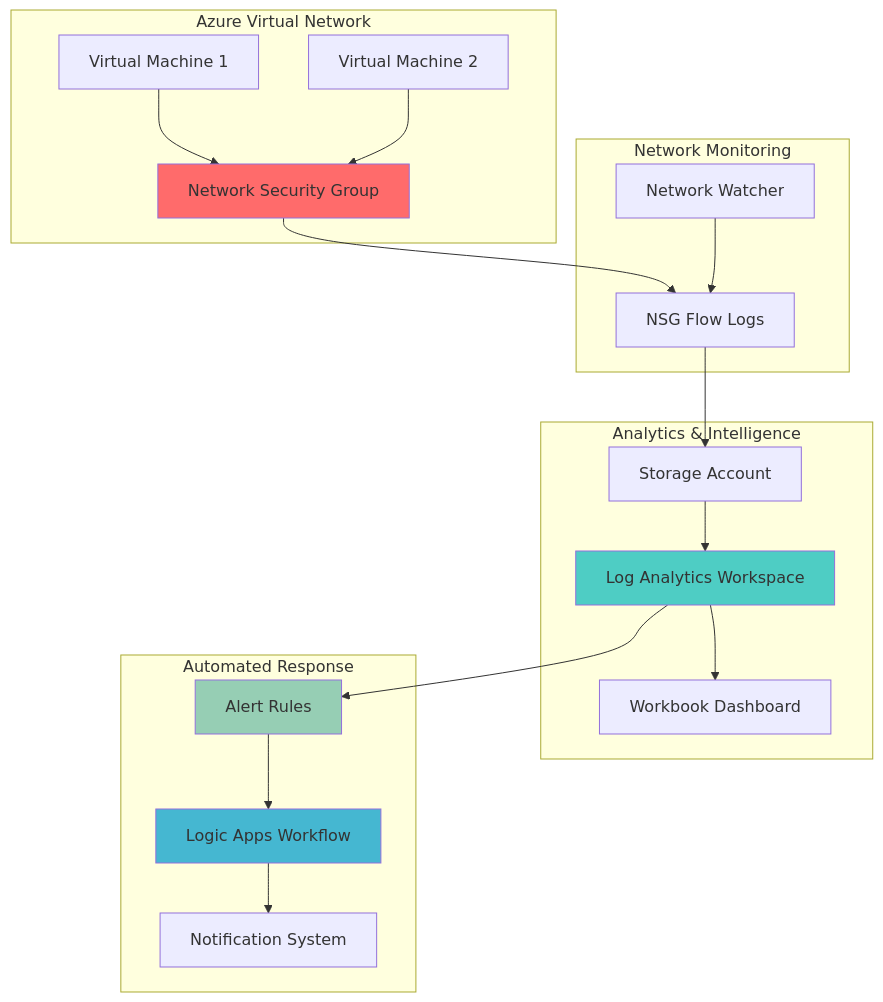
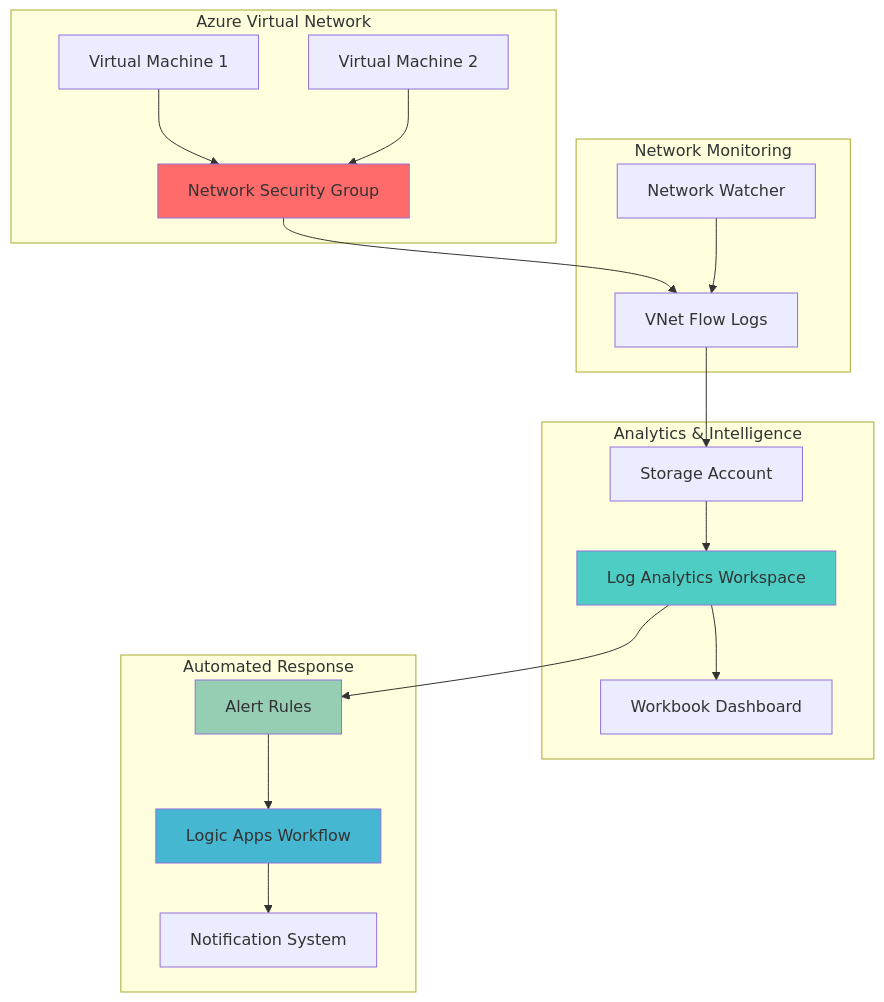
One commit to mzazon/awesome-cloud-projects changed the diagram in azure/network-threat-detection-automation/network-threat-detection-automation.md. Above: the diagram before and after it, drawn with Mermaid. The commit also changed other lines of this file and 5581 other files, not shown here.

````diff
--- a/azure/network-threat-detection-automation/network-threat-detection-automation.md
+++ b/azure/network-threat-detection-automation/network-threat-detection-automation.md
@@ -30,41 +30,41 @@
 ```mermaid
 graph TB
     subgraph "Azure Virtual Network"
         VM1[Virtual Machine 1]
         VM2[Virtual Machine 2]
         NSG[Network Security Group]
     end
     
     subgraph "Network Monitoring"
         NW[Network Watcher]
-        FL[NSG Flow Logs]
+        VFL[VNet Flow Logs]
     end
     
     subgraph "Analytics & Intelligence"
         SA[Storage Account]
         LA[Log Analytics Workspace]
         WB[Workbook Dashboard]
     end
     
     subgraph "Automated Response"
         LGA[Logic Apps Workflow]
         AL[Alert Rules]
         NS[Notification System]
     end
     
     VM1 --> NSG
     VM2 --> NSG
-    NSG --> FL
-    FL --> SA
+    NSG --> VFL
+    VFL --> SA
     SA --> LA
     LA --> WB
     LA --> AL
     AL --> LGA
     LGA --> NS
-    NW --> FL
+    NW --> VFL
     
     style NSG fill:#FF6B6B
     style LA fill:#4ECDC4
     style LGA fill:#45B7D1
     style AL fill:#96CEB4
 ```
````
